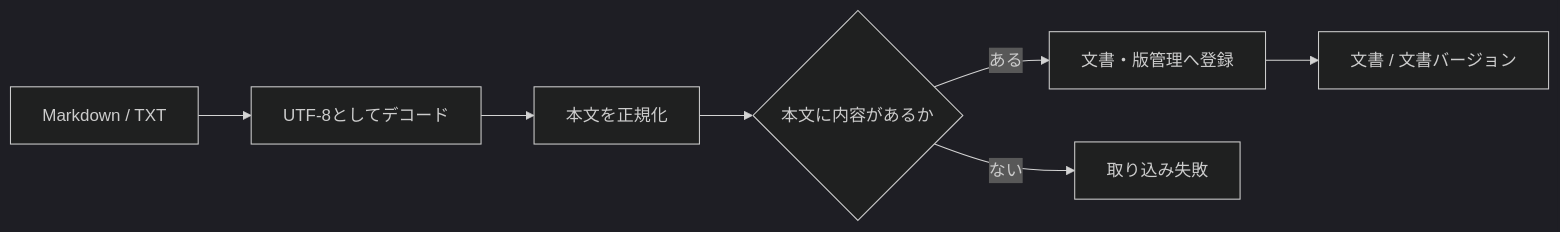
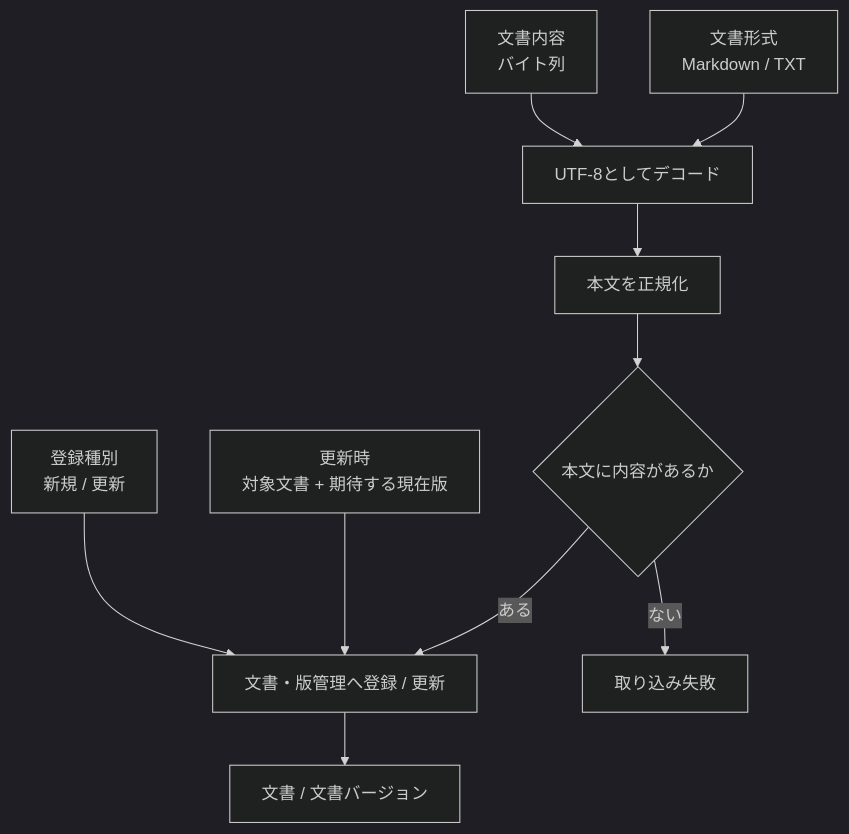
The diagram in project-docs/design/domains/documents/文書取り込み設計.md (takashit16833/RAGScope), drawn with Mermaid (dark theme) before and after one commit. The commit also changed other lines of this file and 5 other files, not shown here.

````diff
--- a/project-docs/design/domains/documents/文書取り込み設計.md
+++ b/project-docs/design/domains/documents/文書取り込み設計.md
@@ -32,13 +32,21 @@
 ```mermaid
-flowchart LR
-    Input["Markdown / TXT"]
+flowchart TB
+    Bytes["文書内容<br>バイト列"]
+    Format["文書形式<br>Markdown / TXT"]
+    Operation["登録種別<br>新規 / 更新"]
+    UpdateContext["更新時<br>対象文書 + 期待する現在版"]
+
     Decode["UTF-8としてデコード"]
     Normalize["本文を正規化"]
     Validate{"本文に内容があるか"}
-    Register["文書・版管理へ登録"]
+    Register["文書・版管理へ登録 / 更新"]
     Result["文書 / 文書バージョン"]
 
-    Input --> Decode --> Normalize --> Validate
+    Bytes --> Decode
+    Format --> Decode
+    Decode --> Normalize --> Validate
+    Operation --> Register
+    UpdateContext --> Register
     Validate -->|"ある"| Register --> Result
     Validate -->|"ない"| Failure["取り込み失敗"]
 ```
````
